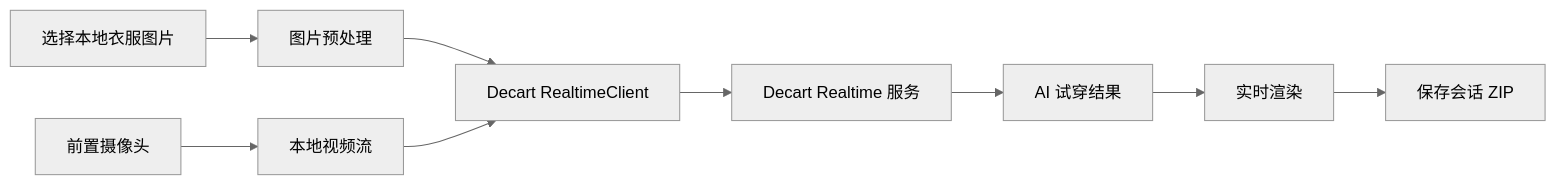
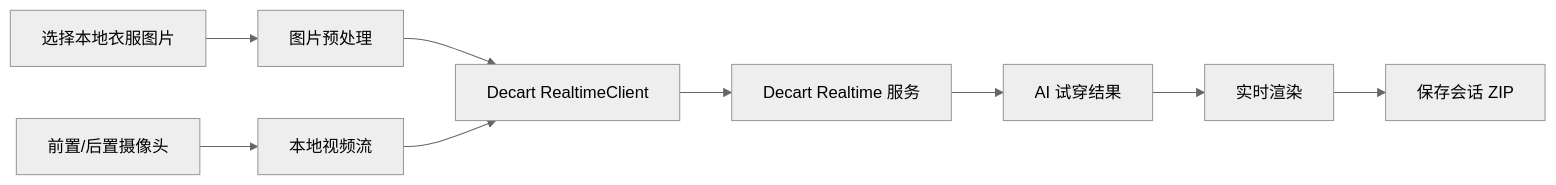
The diagram in README.md (cdcRyan/kabuda-vton-android), drawn with Mermaid (neutral theme) before and after one commit. The commit also changed other lines of this file and 51 other files, not shown here.

````diff
--- a/README.md
+++ b/README.md
@@ -31,11 +31,11 @@
 ```mermaid
 flowchart LR
     A[选择本地衣服图片] --> B[图片预处理]
-    D[前置摄像头] --> C[本地视频流]
+    D[前置/后置摄像头] --> C[本地视频流]
     B --> E[Decart RealtimeClient]
     C --> E
     E --> F[Decart Realtime 服务]
     F --> G[AI 试穿结果]
     G --> H[实时渲染]
     H --> I[保存会话 ZIP]
 ```
````
